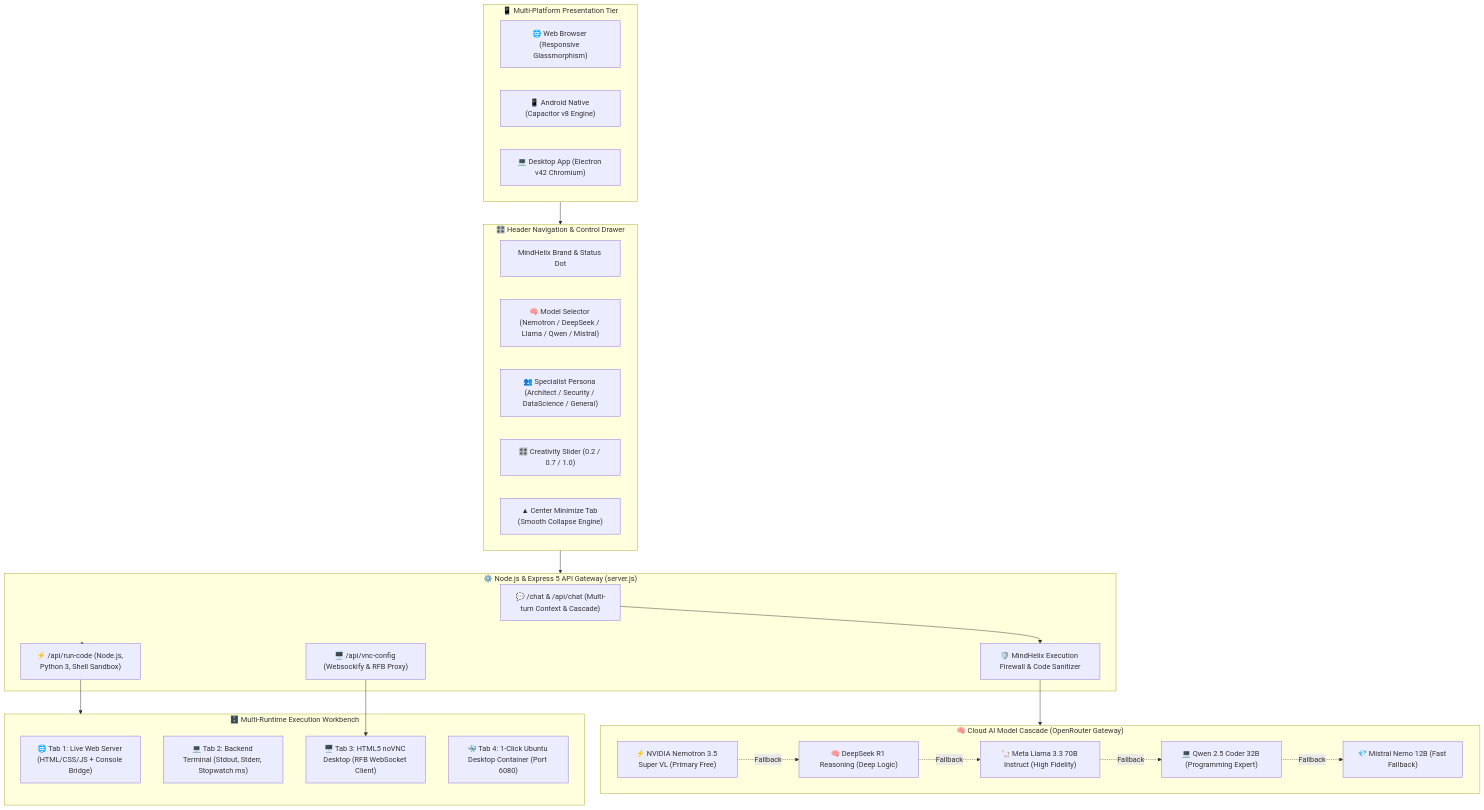
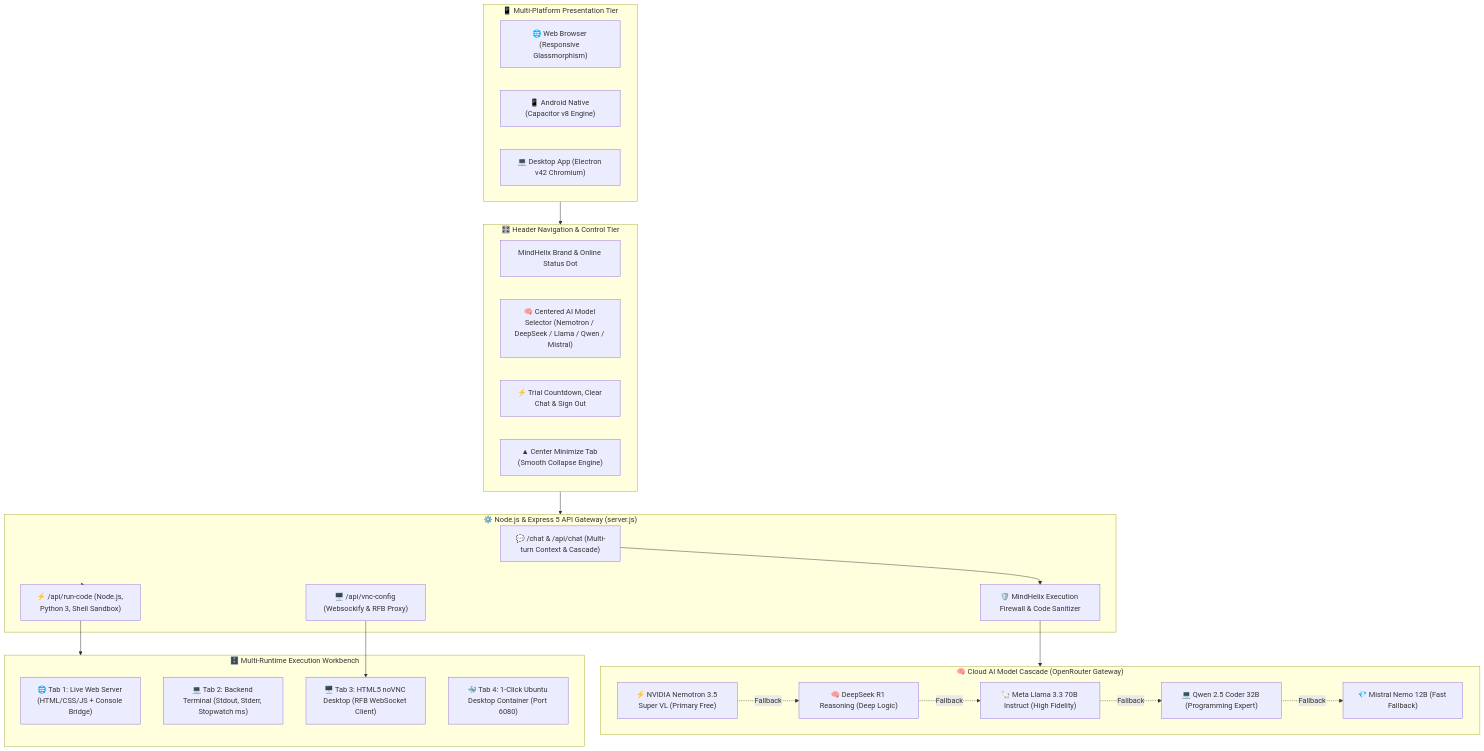
One commit to dhyangandhi/MindHelix-AI changed the first of 8 diagrams in WORKFLOW.md. Above: the diagram before and after it, drawn with Mermaid. The commit also changed other lines of this file and 1 other file, not shown here.

````diff
--- a/WORKFLOW.md
+++ b/WORKFLOW.md
@@ -24,67 +24,66 @@
 ```mermaid
 flowchart TB
     %% ==========================================
     %% CLIENT LAYER
     %% ==========================================
     subgraph Clients["📱 Multi-Platform Presentation Tier"]
         WebClient["🌐 Web Browser (Responsive Glassmorphism)"]
         MobileApp["📱 Android Native (Capacitor v8 Engine)"]
         DesktopApp["💻 Desktop App (Electron v42 Chromium)"]
     end
 
     %% ==========================================
     %% TOP NAVBAR & INTERACTION TIER
     %% ==========================================
-    subgraph NavbarTier["🎛️ Header Navigation & Control Drawer"]
-        NavBrand["MindHelix Brand & Status Dot"]
-        ModelSelector["🧠 Model Selector (Nemotron / DeepSeek / Llama / Qwen / Mistral)"]
-        PersonaSelector["👥 Specialist Persona (Architect / Security / DataScience / General)"]
-        CreativitySelector["🎛️ Creativity Slider (0.2 / 0.7 / 1.0)"]
+    subgraph NavbarTier["🎛️ Header Navigation & Control Tier"]
+        NavBrand["MindHelix Brand & Online Status Dot"]
+        ModelSelector["🧠 Centered AI Model Selector (Nemotron / DeepSeek / Llama / Qwen / Mistral)"]
+        NavActions["⚡ Trial Countdown, Clear Chat & Sign Out"]
         MinimizeTab["▲ Center Minimize Tab (Smooth Collapse Engine)"]
     end
 
     %% ==========================================
     %% BACKEND & RUNTIME GATEWAY
     %% ==========================================
     subgraph BackendGateway["⚙️ Node.js & Express 5 API Gateway (server.js)"]
         ChatRouter["💬 /chat & /api/chat (Multi-turn Context & Cascade)"]
         CodeRunner["⚡ /api/run-code (Node.js, Python 3, Shell Sandbox)"]
         VNCConfig["🖥️ /api/vnc-config (Websockify & RFB Proxy)"]
         SecurityFirewall["🛡️ MindHelix Execution Firewall & Code Sanitizer"]
     end
 
     %% ==========================================
     %% AI INFERENCE HUBS
     %% ==========================================
     subgraph AICloud["🧠 Cloud AI Model Cascade (OpenRouter Gateway)"]
         Model1["⚡ NVIDIA Nemotron 3.5 Super VL (Primary Free)"]
         Model2["🧠 DeepSeek R1 Reasoning (Deep Logic)"]
         Model3["🦙 Meta Llama 3.3 70B Instruct (High Fidelity)"]
         Model4["💻 Qwen 2.5 Coder 32B (Programming Expert)"]
         Model5["💎 Mistral Nemo 12B (Fast Fallback)"]
     end
 
     %% ==========================================
     %% LIVE EXECUTION SANDBOXES
     %% ==========================================
     subgraph ExecutionSandbox["🗄️ Multi-Runtime Execution Workbench"]
         WebRunner["🌐 Tab 1: Live Web Server (HTML/CSS/JS + Console Bridge)"]
         TermRunner["💻 Tab 2: Backend Terminal (Stdout, Stderr, Stopwatch ms)"]
         VNCRunner["🖥️ Tab 3: HTML5 noVNC Desktop (RFB WebSocket Client)"]
         DockerGuide["🐳 Tab 4: 1-Click Ubuntu Desktop Container (Port 6080)"]
     end
 
     %% Interconnections
     Clients --> NavbarTier
     NavbarTier --> BackendGateway
     ChatRouter --> SecurityFirewall
     SecurityFirewall --> AICloud
     Model1 -. Fallback .-> Model2
     Model2 -. Fallback .-> Model3
     Model3 -. Fallback .-> Model4
     Model4 -. Fallback .-> Model5
 
     BackendGateway --> CodeRunner
     CodeRunner --> ExecutionSandbox
     VNCConfig --> VNCRunner
 ```
````
